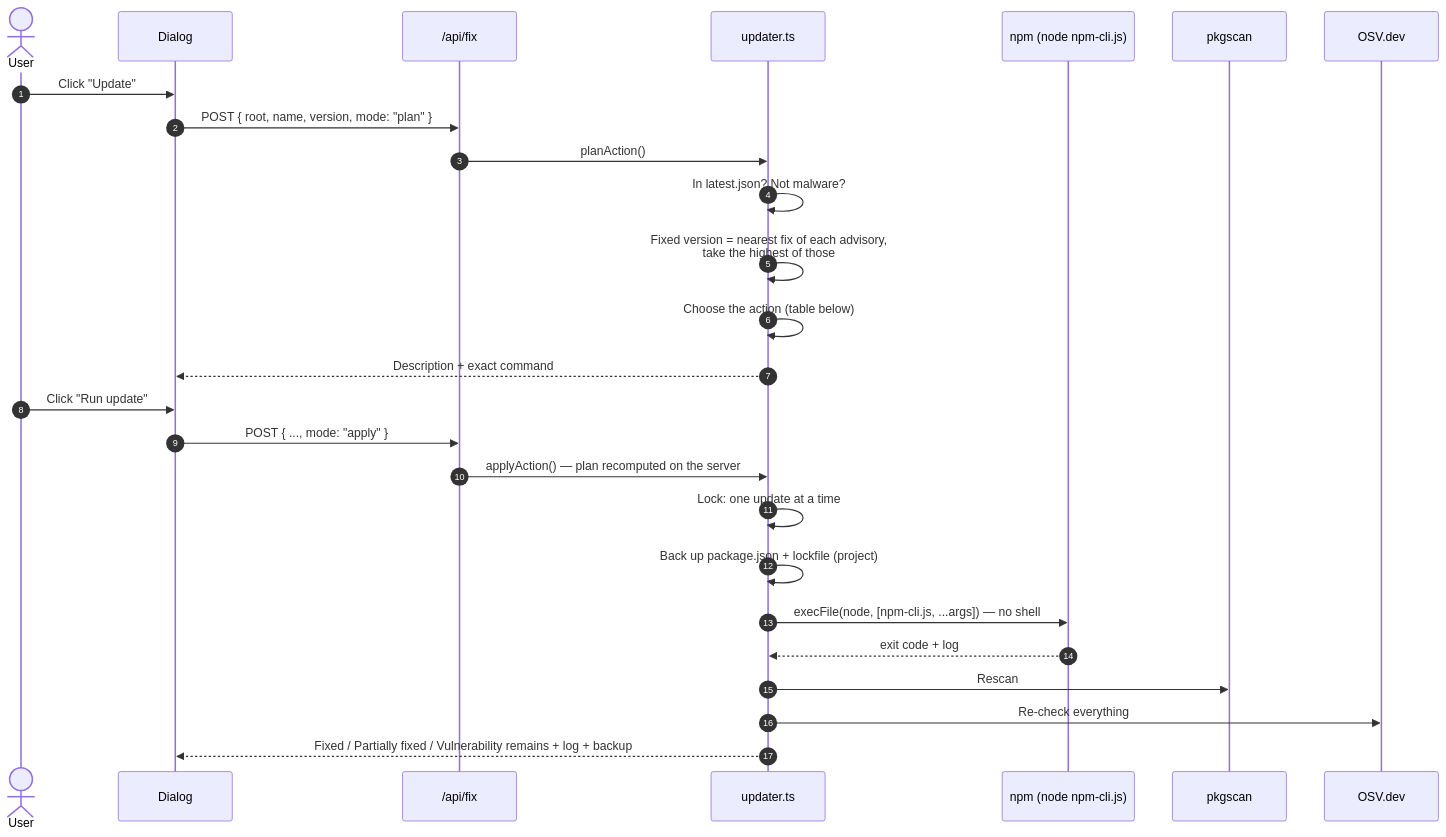
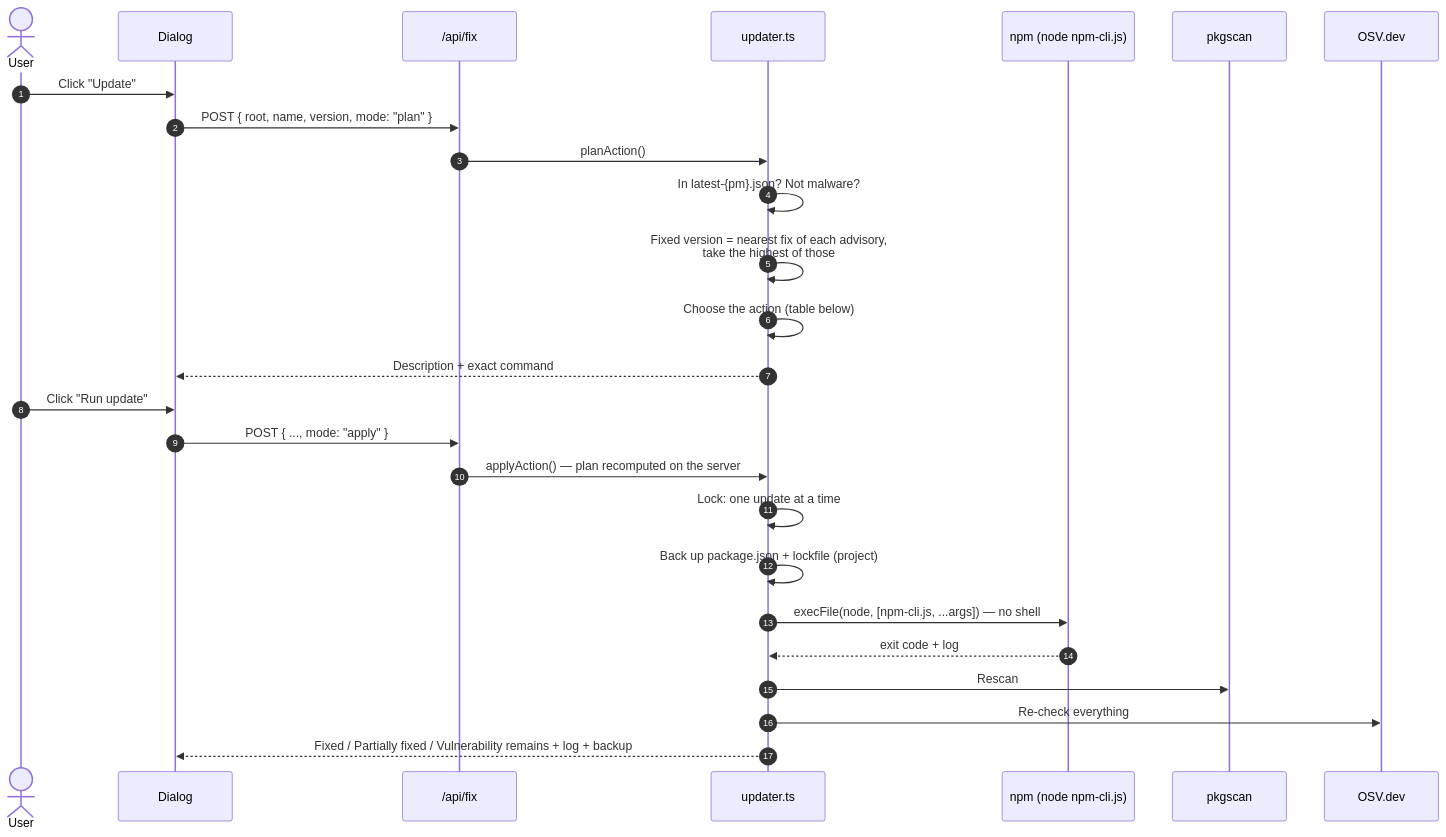
The eighth of 12 diagrams in docs/en/workflows.md (phanhuyyy/libpack-guard), drawn with Mermaid before and after one commit. The commit also changed other lines of this file and 50 other files, not shown here.

````diff
--- a/docs/en/workflows.md
+++ b/docs/en/workflows.md
@@ -215,29 +215,29 @@
 ```mermaid
 sequenceDiagram
     autonumber
     actor U as User
     participant B as Dialog
     participant F as /api/fix
     participant P as updater.ts
     participant N as npm (node npm-cli.js)
     participant A as pkgscan
     participant O as OSV.dev
 
     U->>B: Click "Update"
     B->>F: POST { root, name, version, mode: "plan" }
     F->>P: planAction()
-    P->>P: In latest.json? Not malware?
+    P->>P: In latest-{pm}.json? Not malware?
     P->>P: Fixed version = nearest fix of each advisory,<br/>take the highest of those
     P->>P: Choose the action (table below)
     P-->>B: Description + exact command
     U->>B: Click "Run update"
     B->>F: POST { ..., mode: "apply" }
     F->>P: applyAction() — plan recomputed on the server
     P->>P: Lock: one update at a time
     P->>P: Back up package.json + lockfile (project)
     P->>N: execFile(node, [npm-cli.js, ...args]) — no shell
     N-->>P: exit code + log
     P->>A: Rescan
     P->>O: Re-check everything
     P-->>B: Fixed / Partially fixed / Vulnerability remains + log + backup
 ```
````
